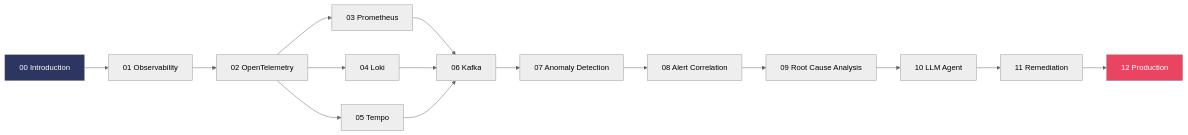
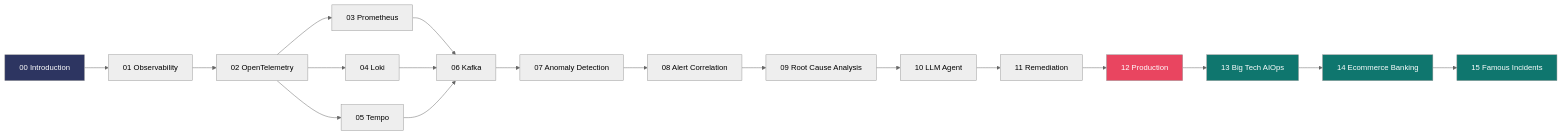
The second of 3 diagrams in README.md (XUanhoa04/aiops-engineering-handbook), drawn with Mermaid (neutral theme) before and after one commit. The commit also changed other lines of this file and 32 other files, not shown here.

````diff
--- a/README.md
+++ b/README.md
@@ -86,20 +99,26 @@
 ```mermaid
 graph LR
     A[00 Introduction] --> B[01 Observability]
     B --> C[02 OpenTelemetry]
     C --> D[03 Prometheus]
     C --> E[04 Loki]
     C --> F[05 Tempo]
     D --> G[06 Kafka]
     E --> G
     F --> G
     G --> H[07 Anomaly Detection]
     H --> I[08 Alert Correlation]
     I --> J[09 Root Cause Analysis]
     J --> K[10 LLM Agent]
     K --> L[11 Remediation]
     L --> M[12 Production]
+    M --> N[13 Big Tech AIOps]
+    N --> O[14 Ecommerce Banking]
+    O --> P[15 Famous Incidents]
 
     style A fill:#2d3561,color:#fff
     style M fill:#e94560,color:#fff
+    style N fill:#0f766e,color:#fff
+    style O fill:#0f766e,color:#fff
+    style P fill:#0f766e,color:#fff
 ```
````
